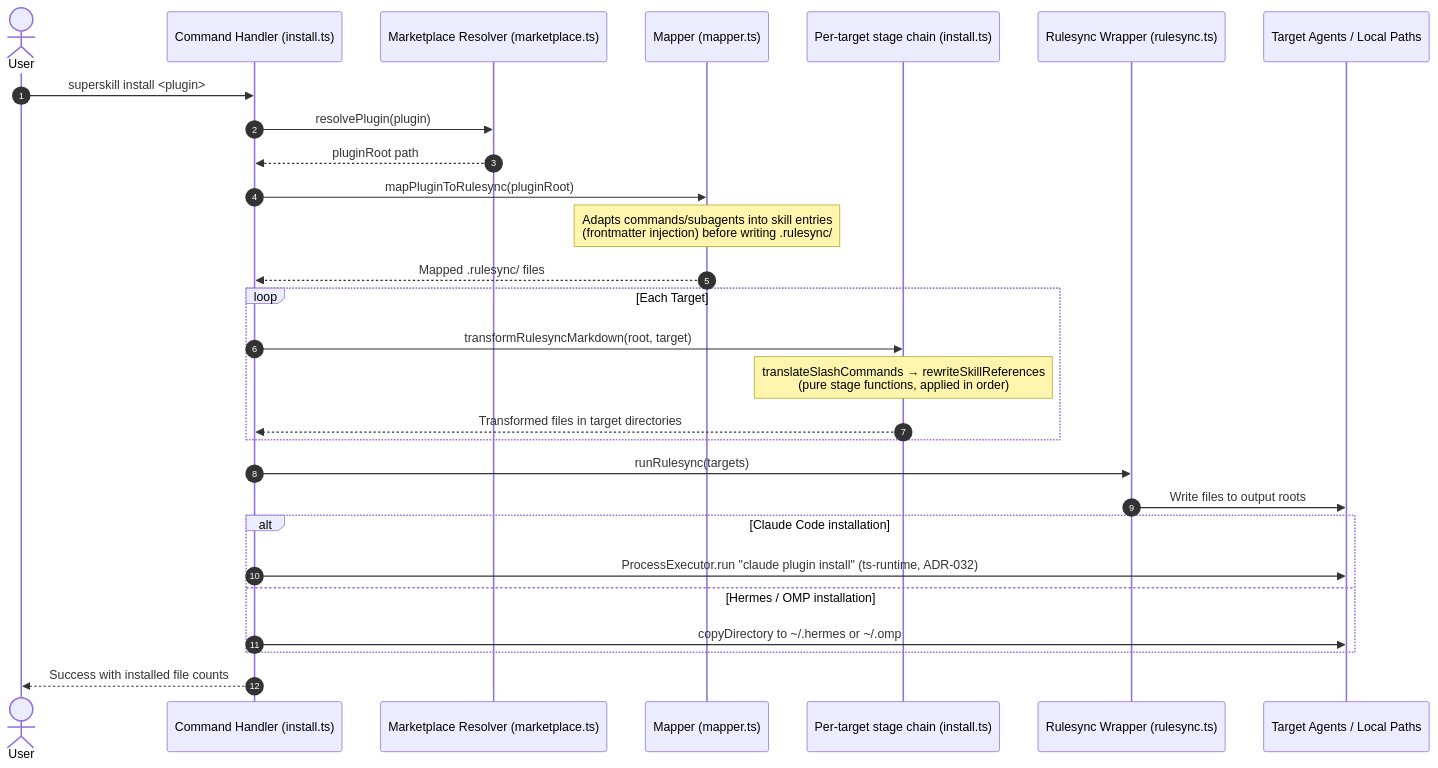
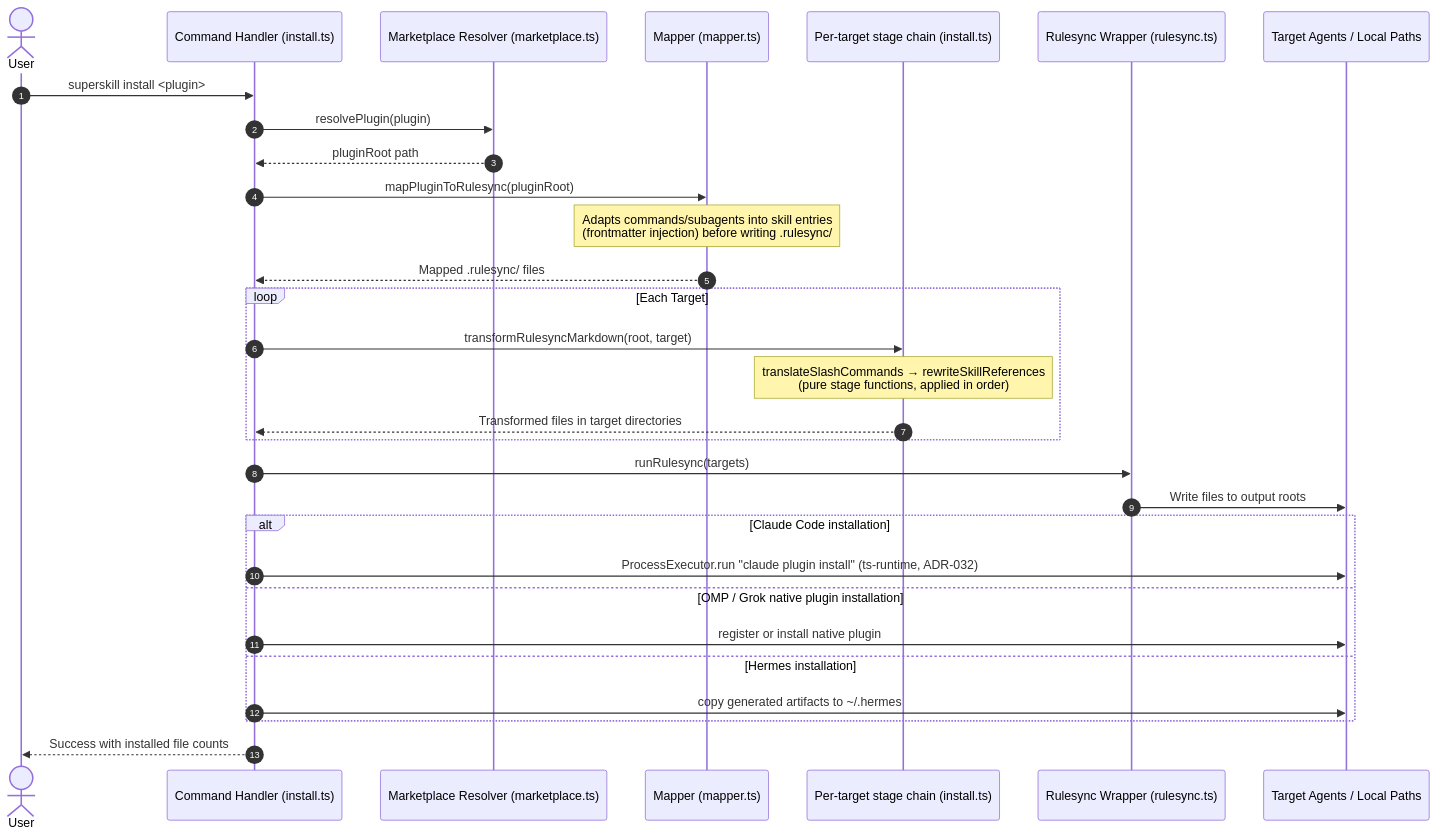
Before and after one commit to gobing-ai/superskill: the third of 8 diagrams in docs/03_ARCHITECTURE.md, drawn with Mermaid. The commit also changed other lines of this file and 13 other files, not shown here.

````diff
--- a/docs/03_ARCHITECTURE.md
+++ b/docs/03_ARCHITECTURE.md
@@ -356,31 +382,33 @@
 ```mermaid
 sequenceDiagram
     autonumber
     actor User
     participant CLI as Command Handler (install.ts)
     participant Marketplace as Marketplace Resolver (marketplace.ts)
     participant Mapper as Mapper (mapper.ts)
     participant Pipe as Per-target stage chain (install.ts)
     participant Rulesync as Rulesync Wrapper (rulesync.ts)
     participant Upstream as Target Agents / Local Paths
 
     User->>CLI: superskill install <plugin>
     CLI->>Marketplace: resolvePlugin(plugin)
     Marketplace-->>CLI: pluginRoot path
     CLI->>Mapper: mapPluginToRulesync(pluginRoot)
     Note over Mapper: Adapts commands/subagents into skill entries<br/>(frontmatter injection) before writing .rulesync/
     Mapper-->>CLI: Mapped .rulesync/ files
     loop Each Target
         CLI->>Pipe: transformRulesyncMarkdown(root, target)
         Note over Pipe: translateSlashCommands → rewriteSkillReferences<br/>(pure stage functions, applied in order)
         Pipe-->>CLI: Transformed files in target directories
     end
     CLI->>Rulesync: runRulesync(targets)
     Rulesync->>Upstream: Write files to output roots
     alt Claude Code installation
         CLI->>Upstream: ProcessExecutor.run "claude plugin install" (ts-runtime, ADR-032)
-    else Hermes / OMP installation
-        CLI->>Upstream: copyDirectory to ~/.hermes or ~/.omp
+    else OMP / Grok native plugin installation
+        CLI->>Upstream: register or install native plugin
+    else Hermes installation
+        CLI->>Upstream: copy generated artifacts to ~/.hermes
     end
     CLI-->>User: Success with installed file counts
 ```
````
